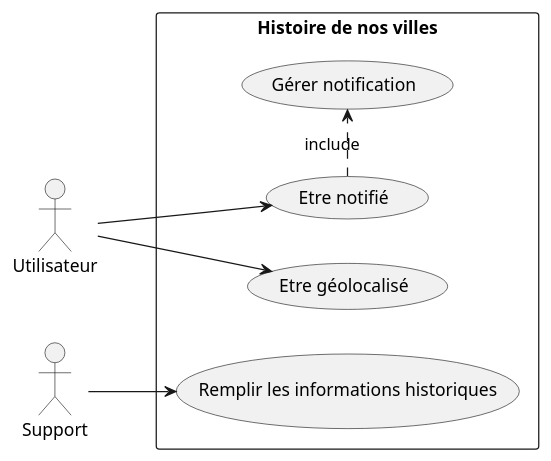
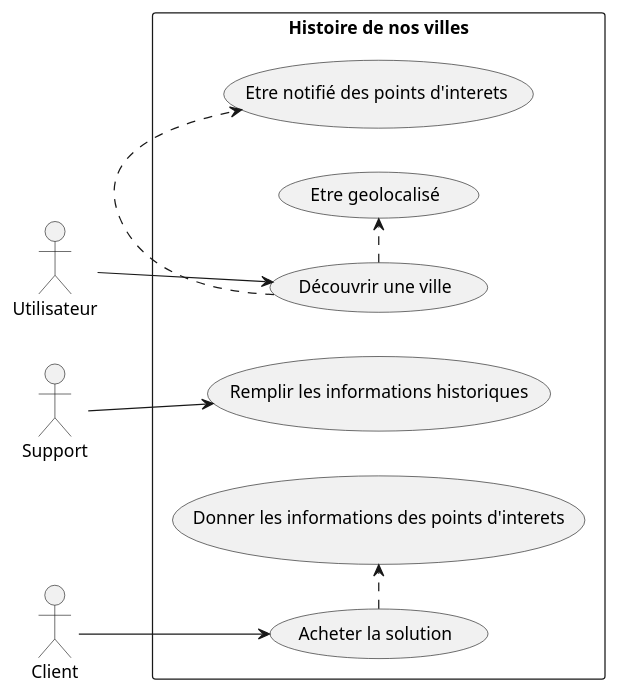
The diagram in Cas d'utilisation/cas d'utilisation.wsd (Yann-Claudon/Histoire-de-Nos-Villes), drawn with PlantUML before and after one commit. The commit also changed 5 other files, not shown here.

Commit message:
Modification Diagramme Cas d'utilisation + ajout des exports PlantUML

```diff
--- a/Cas d'utilisation/cas d'utilisation.wsd
+++ b/Cas d'utilisation/cas d'utilisation.wsd
@@ -1,18 +1,20 @@
 @startuml Histoire de nos villes
 left to right direction
-actor Utilisateur as g
+actor Utilisateur as u
 actor Support as s
+actor Client as c
 
 rectangle "Histoire de nos villes" {
-  usecase "Etre notifié" as UC1
-  (UC1).>(Gérer notification) : include
-  usecase "Etre géolocalisé" as UC2
-  usecase "Remplir les informations historiques" as UC3
-
+  (UC1).>(Etre notifié des points d'interets)
+  usecase "Découvrir une ville" as UC1
+  (UC1).>(Etre geolocalisé)
+  usecase "Remplir les informations historiques" as UC4
+  usecase "Acheter la solution" as UC5
+  (UC5).>(Donner les informations des points d'interets)
 }
 
-g --> UC1
-g --> UC2
-s --> UC3
+u --> UC1
+s --> UC4
+c --> UC5
 
 @enduml
```
